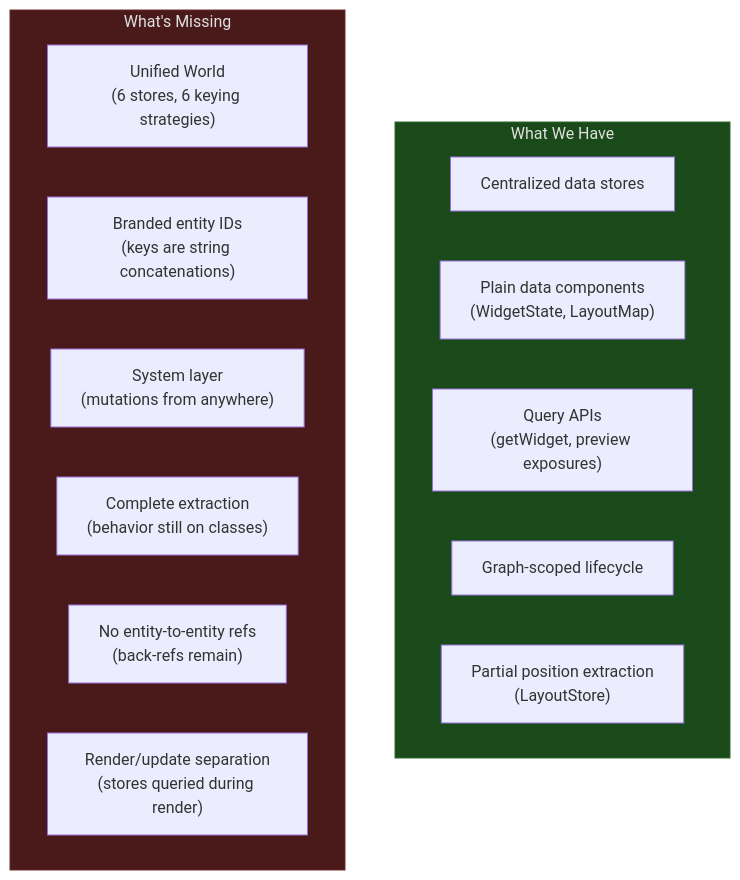
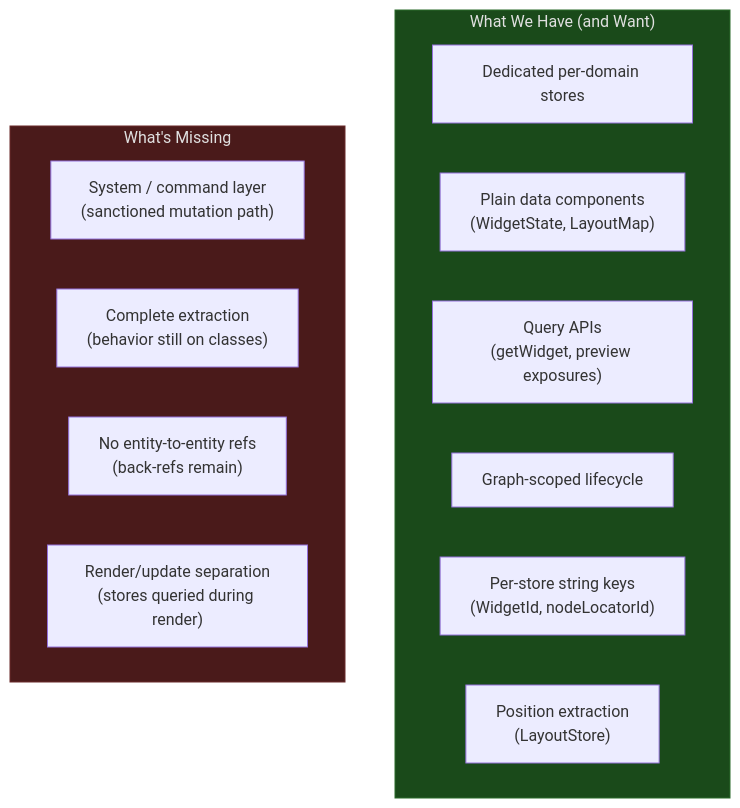
The second of 3 diagrams in docs/architecture/proto-ecs-stores.md (Comfy-Org/ComfyUI_frontend), drawn with Mermaid before and after one commit. The commit also changed other lines of this file and 12 other files, not shown here.

````diff
--- a/docs/architecture/proto-ecs-stores.md
+++ b/docs/architecture/proto-ecs-stores.md
@@ -195,30 +204,28 @@
 ```mermaid
 graph TD
-    subgraph Have["What We Have"]
+    subgraph Have["What We Have (and Want)"]
         style Have fill:#1a4a1a,stroke:#2a6a2a,color:#e0e0e0
-        H1["Centralized data stores"]
+        H1["Dedicated per-domain stores"]
         H2["Plain data components
 (WidgetState, LayoutMap)"]
         H3["Query APIs
 (getWidget, preview exposures)"]
         H4["Graph-scoped lifecycle"]
-        H5["Partial position extraction
+        H5["Per-store string keys
+(WidgetId, nodeLocatorId)"]
+        H6["Position extraction
 (LayoutStore)"]
     end
 
     subgraph Missing["What's Missing"]
         style Missing fill:#4a1a1a,stroke:#6a2a2a,color:#e0e0e0
-        M1["Unified World
-(6 stores, 6 keying strategies)"]
-        M2["Branded entity IDs
-(keys are string concatenations)"]
-        M3["System layer
-(mutations from anywhere)"]
+        M3["System / command layer
+(sanctioned mutation path)"]
         M4["Complete extraction
 (behavior still on classes)"]
         M5["No entity-to-entity refs
 (back-refs remain)"]
         M6["Render/update separation
 (stores queried during render)"]
     end
 ```
````
